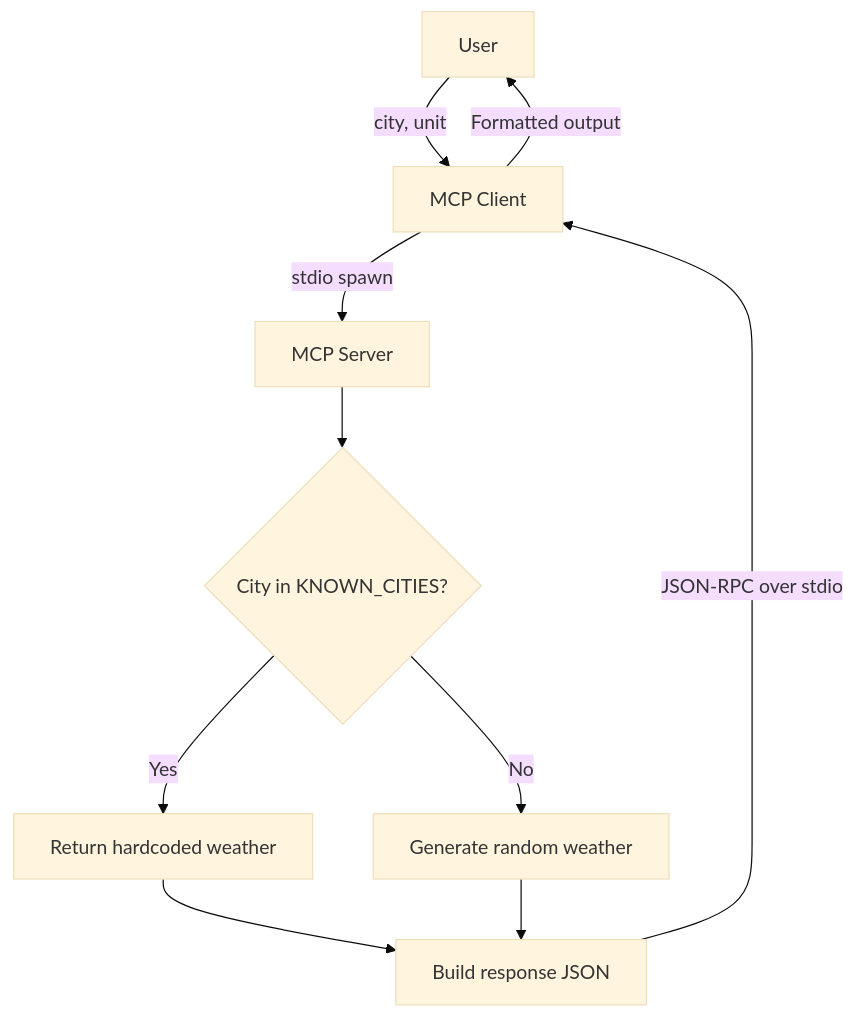
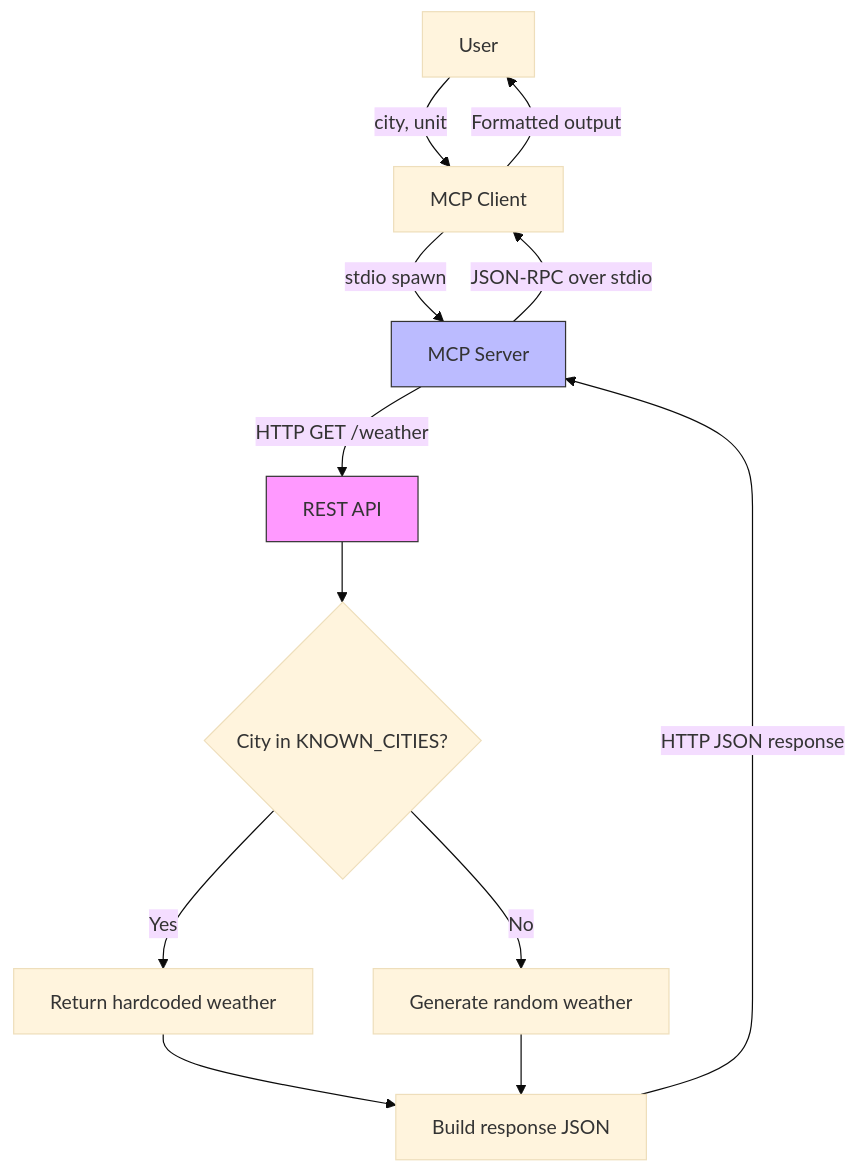
The second of 2 diagrams in README.md (bsozer06/poc-basic-weather-mcp), drawn with Mermaid (base theme) before and after one commit. The commit also changed other lines of this file and 5 other files, not shown here.

Commit message:
Implement MCP Weather PoC with REST API integration and mock server

````diff
--- a/README.md
+++ b/README.md
@@ -53,12 +71,17 @@
 ```mermaid
 flowchart TD
     A[User] -->|city, unit| B[MCP Client]
     B -->|stdio spawn| C[MCP Server]
-    C --> D{City in KNOWN_CITIES?}
-    D -- Yes --> E[Return hardcoded weather]
-    D -- No --> F[Generate random weather]
-    E --> G[Build response JSON]
-    F --> G
-    G -->|JSON-RPC over stdio| B
+    C -->|HTTP GET /weather| D[REST API]
+    D --> E{City in KNOWN_CITIES?}
+    E -- Yes --> F[Return hardcoded weather]
+    E -- No --> G[Generate random weather]
+    F --> H[Build response JSON]
+    G --> H
+    H -->|HTTP JSON response| C
+    C -->|JSON-RPC over stdio| B
     B -->|Formatted output| A
+
+    style D fill:#f9f,stroke:#333
+    style C fill:#bbf,stroke:#333
 ```
````
